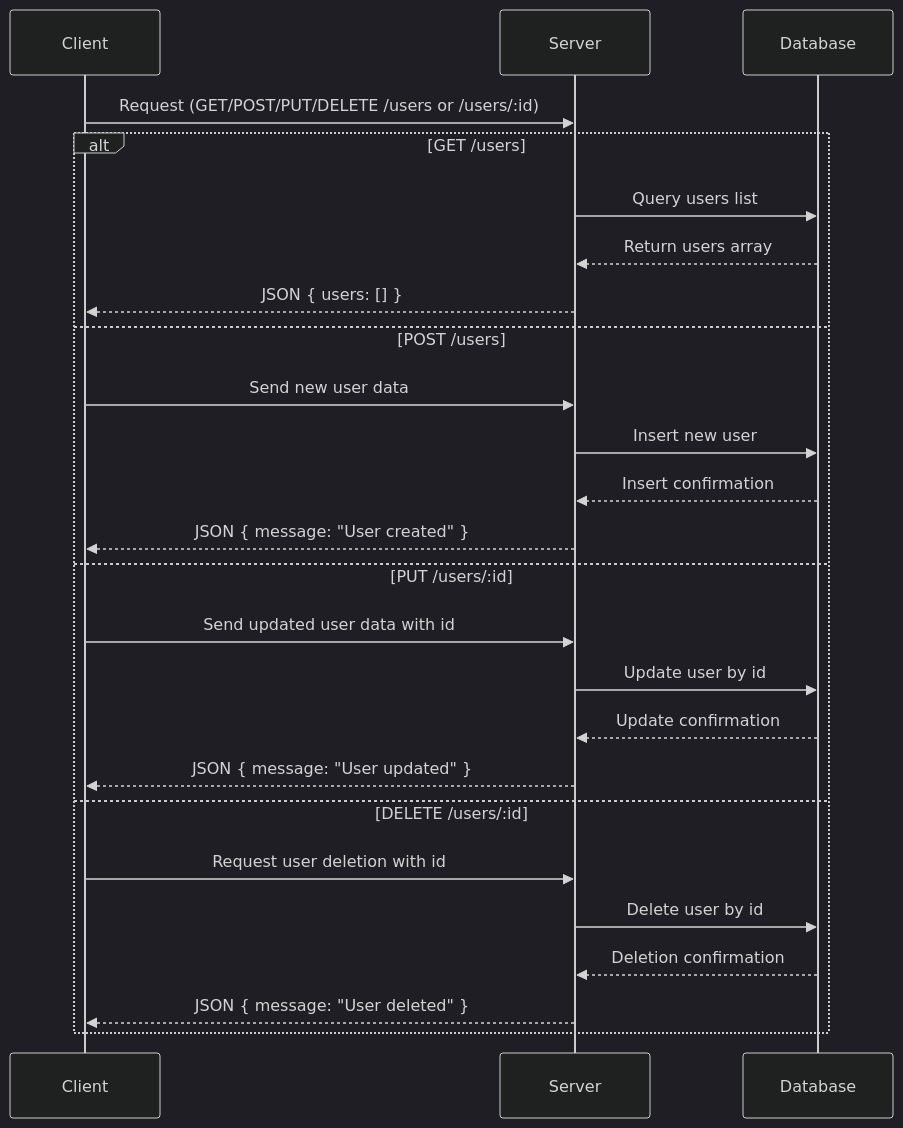
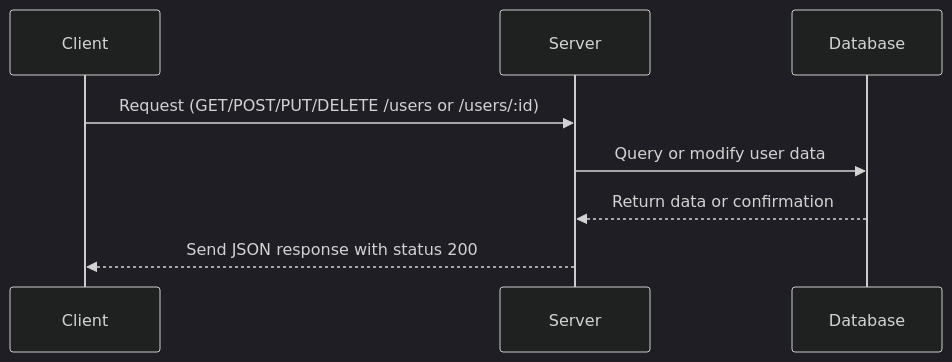
One commit to shruthikha/sample-api-project changed the diagram in generated-api-docs.md. Above: the diagram before and after it, drawn with Mermaid (dark theme). The commit also changed other lines of this file, not shown here.

````diff
--- a/generated-api-docs.md
+++ b/generated-api-docs.md
@@ -247,28 +264,11 @@
 ```mermaid
 sequenceDiagram
     participant Client
     participant Server
     participant Database
 
     Client->>Server: Request (GET/POST/PUT/DELETE /users or /users/:id)
-    alt GET /users
-        Server->>Database: Query users list
-        Database-->>Server: Return users array
-        Server-->>Client: JSON { users: [] }
-    else POST /users
-        Client->>Server: Send new user data
-        Server->>Database: Insert new user
-        Database-->>Server: Insert confirmation
-        Server-->>Client: JSON { message: "User created" }
-    else PUT /users/:id
-        Client->>Server: Send updated user data with id
-        Server->>Database: Update user by id
-        Database-->>Server: Update confirmation
-        Server-->>Client: JSON { message: "User updated" }
-    else DELETE /users/:id
-        Client->>Server: Request user deletion with id
-        Server->>Database: Delete user by id
-        Database-->>Server: Deletion confirmation
-        Server-->>Client: JSON { message: "User deleted" }
-    end
+    Server->>Database: Query or modify user data
+    Database-->>Server: Return data or confirmation
+    Server-->>Client: Send JSON response with status 200
 ```
````
